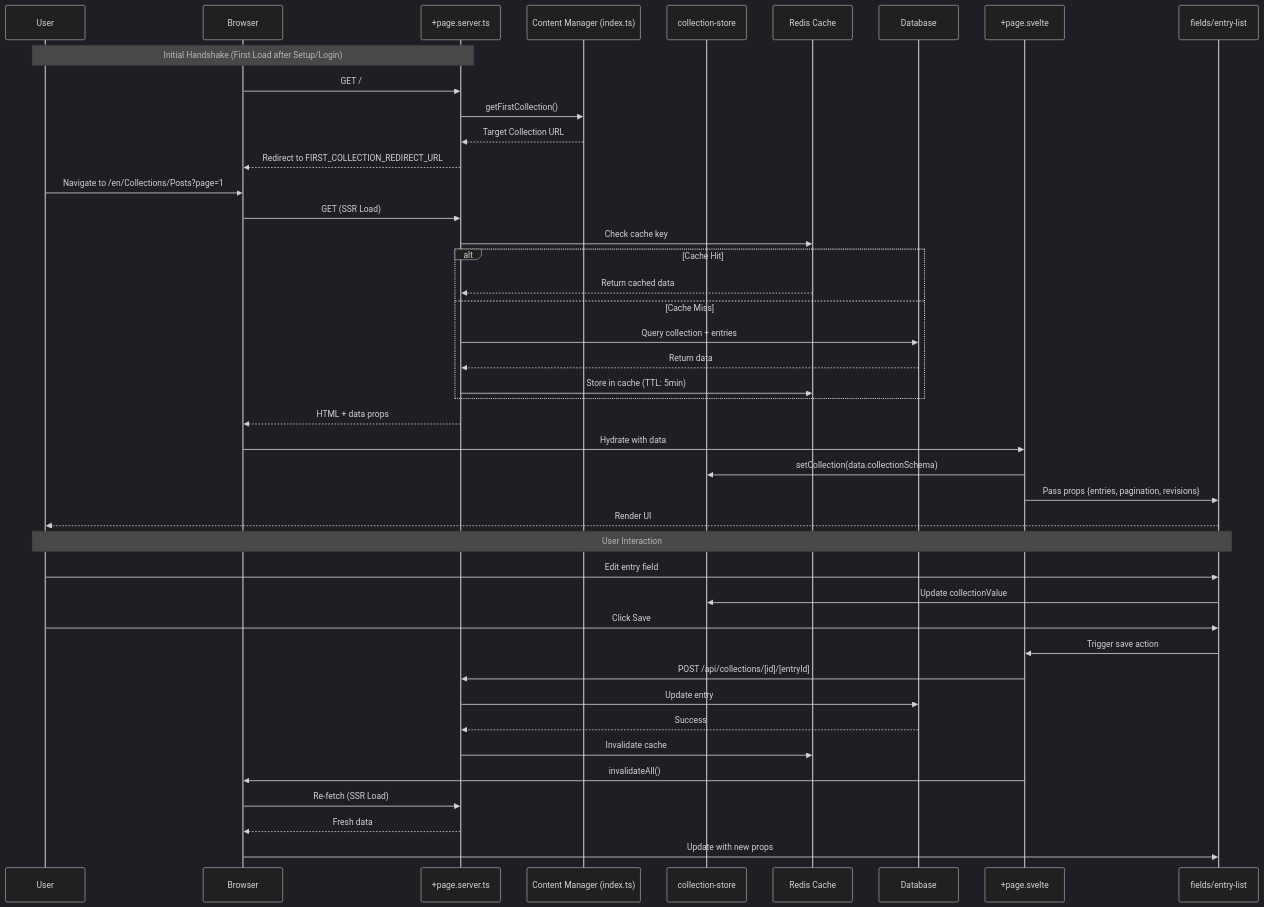
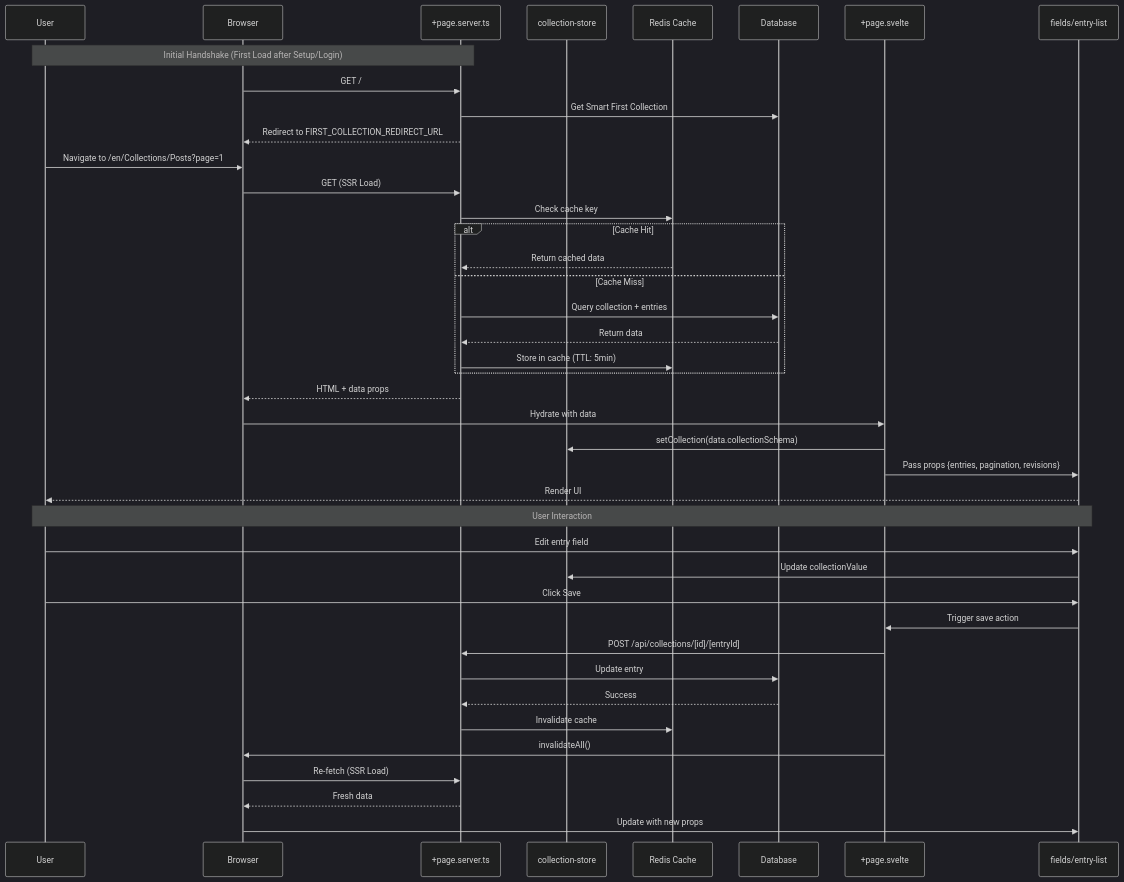
The diagram in docs/architecture/collection-store-dataflow.mdx (SveltyCMS/SveltyCMS), drawn with Mermaid (dark theme) before and after one commit. The commit also changed other lines of this file and 1049 other files, not shown here.

````diff
--- a/docs/architecture/collection-store-dataflow.mdx
+++ b/docs/architecture/collection-store-dataflow.mdx
@@ -53,52 +56,50 @@
 ```mermaid
 sequenceDiagram
     participant User
     participant Browser
     participant PageServer as +page.server.ts
-    participant CS as Content Manager (index.ts)
     participant Store as collection-store
     participant Cache as Redis Cache
     participant DB as Database
     participant PageSvelte as +page.svelte
     participant Component as fields/entry-list
 
     Note over User,PageServer: Initial Handshake (First Load after Setup/Login)
     Browser->>PageServer: GET /
-    PageServer->>CS: getFirstCollection()
-    CS-->>PageServer: Target Collection URL
+    PageServer->>DB: Get Smart First Collection
     PageServer-->>Browser: Redirect to FIRST_COLLECTION_REDIRECT_URL
 
     User->>Browser: Navigate to /en/Collections/Posts?page=1
     Browser->>PageServer: GET (SSR Load)
     PageServer->>Cache: Check cache key
 
     alt Cache Hit
         Cache-->>PageServer: Return cached data
     else Cache Miss
         PageServer->>DB: Query collection + entries
         DB-->>PageServer: Return data
         PageServer->>Cache: Store in cache (TTL: 5min)
     end
 
     PageServer-->>Browser: HTML + data props
     Browser->>PageSvelte: Hydrate with data
     PageSvelte->>Store: setCollection(data.collectionSchema)
     PageSvelte->>Component: Pass props {entries, pagination, revisions}
     Component-->>User: Render UI
 
     Note over User,Component: User Interaction
 
     User->>Component: Edit entry field
     Component->>Store: Update collectionValue
 
     User->>Component: Click Save
     Component->>PageSvelte: Trigger save action
     PageSvelte->>PageServer: POST /api/collections/[id]/[entryId]
     PageServer->>DB: Update entry
     DB-->>PageServer: Success
     PageServer->>Cache: Invalidate cache
     PageSvelte->>Browser: invalidateAll()
     Browser->>PageServer: Re-fetch (SSR Load)
     PageServer-->>Browser: Fresh data
     Browser->>Component: Update with new props
 ```
````
